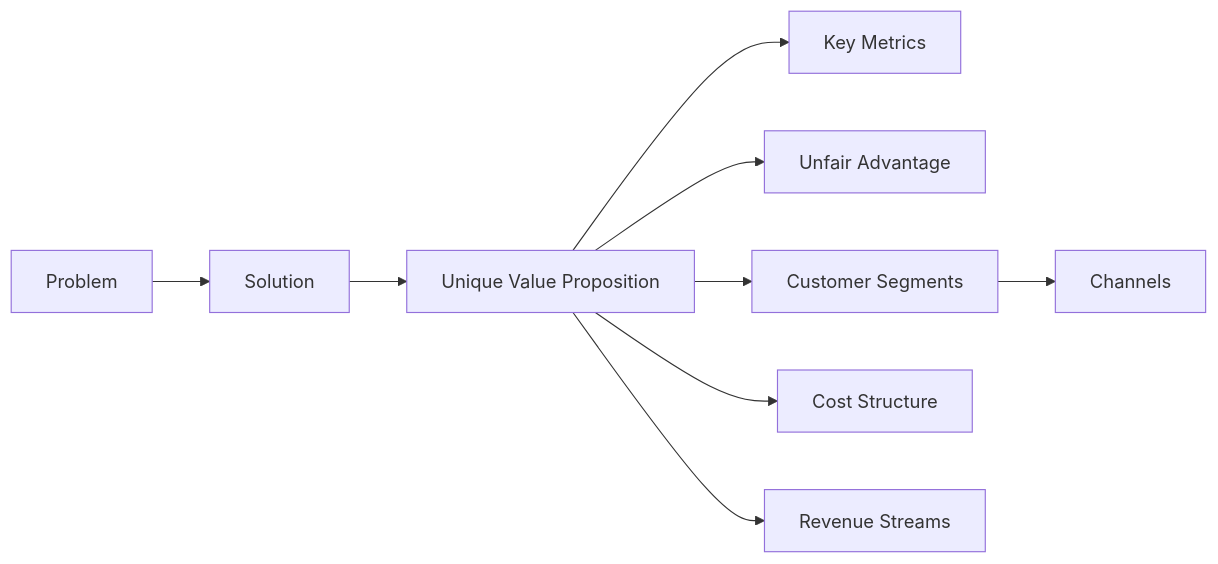
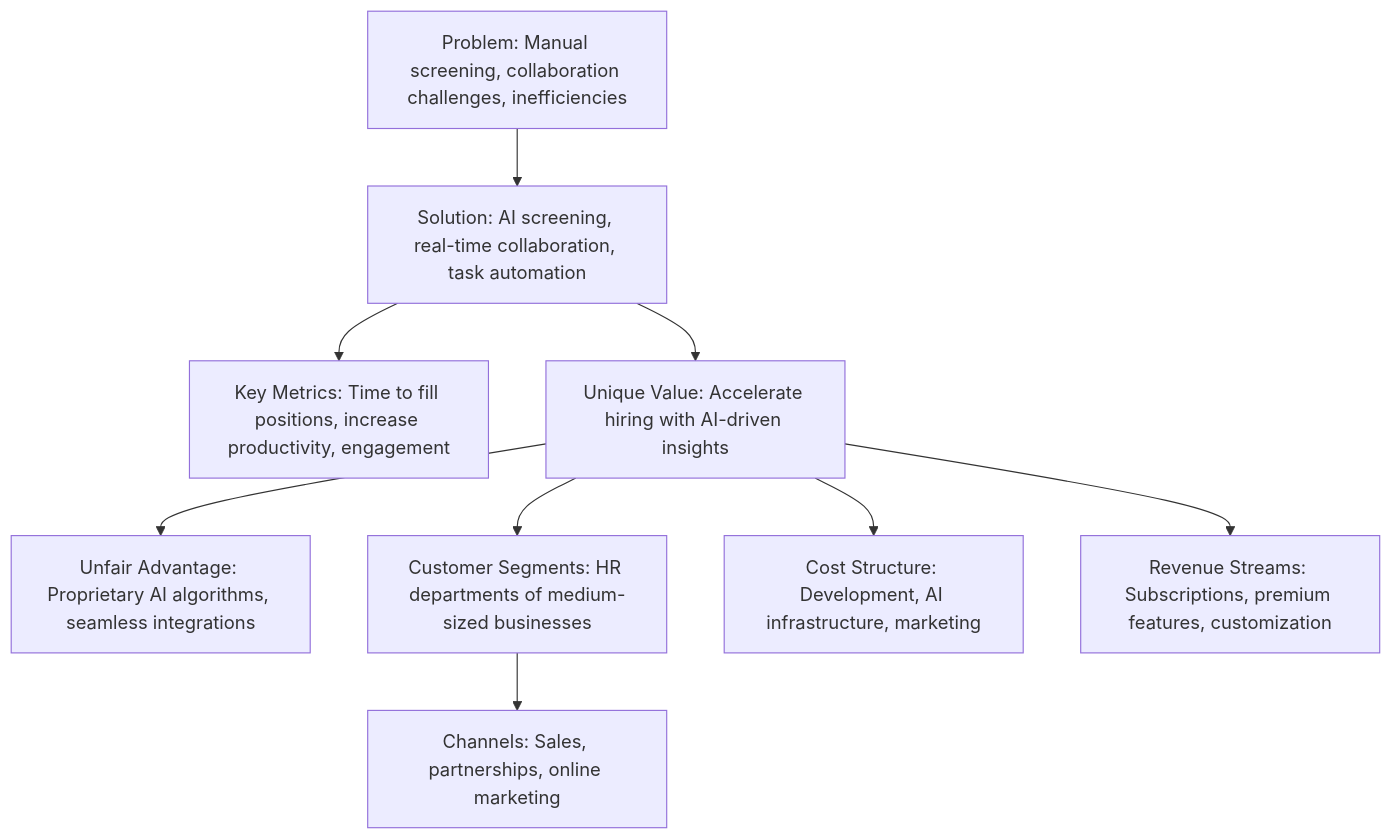
One commit to LIDR-academy/AI4Devs-design changed the first of 9 diagrams in LTI-RJD/UserStories-RJD.md. Above: the diagram before and after it, drawn with Mermaid. The commit also changed other lines of this file and 1 other file, not shown here.

````diff
--- a/LTI-RJD/UserStories-RJD.md
+++ b/LTI-RJD/UserStories-RJD.md
@@ -63,21 +39,21 @@
 ```mermaid
-flowchart LR
-    A[Problem]
-    B[Solution]
-    C[Key Metrics]
-    D[Unique Value Proposition]
-    E[Unfair Advantage]
-    F[Customer Segments]
-    G[Channels]
-    H[Cost Structure]
-    I[Revenue Streams]
+flowchart TD
+    Problem[Problem: Manual screening, collaboration challenges, inefficiencies]
+    Solution[Solution: AI screening, real-time collaboration, task automation]
+    KeyMetrics[Key Metrics: Time to fill positions, increase productivity, engagement]
+    UniqueValue[Unique Value: Accelerate hiring with AI-driven insights]
+    UnfairAdvantage[Unfair Advantage: Proprietary AI algorithms, seamless integrations]
+    CustomerSegments[Customer Segments: HR departments of medium-sized businesses]
+    Channels[Channels: Sales, partnerships, online marketing]
+    CostStructure[Cost Structure: Development, AI infrastructure, marketing]
+    RevenueStreams[Revenue Streams: Subscriptions, premium features, customization]
 
-    A --> B
-    B --> D
-    D --> C
-    D --> F
-    D --> E
-    F --> G
-    D --> H
-    D --> I
+    Problem --> Solution
+    Solution --> KeyMetrics
+    Solution --> UniqueValue
+    UniqueValue --> CustomerSegments
+    UniqueValue --> UnfairAdvantage
+    CustomerSegments --> Channels
+    UniqueValue --> CostStructure
+    UniqueValue --> RevenueStreams
 ```
````
